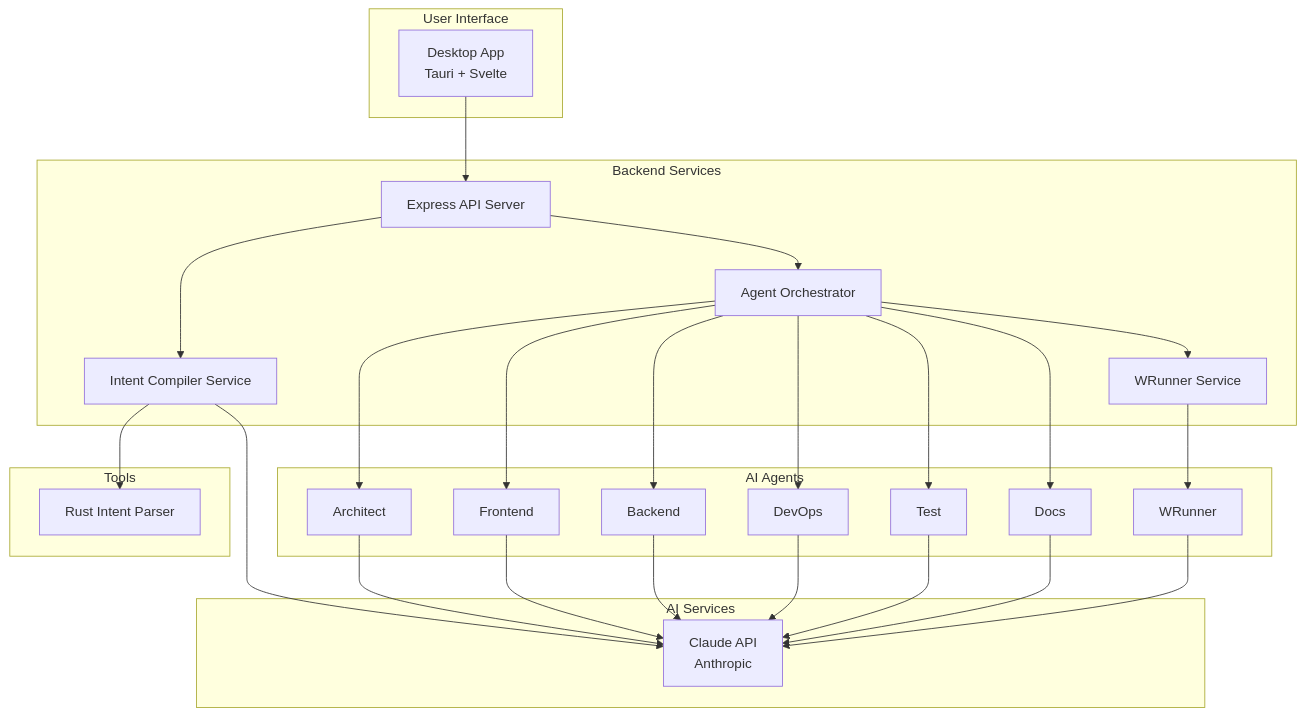
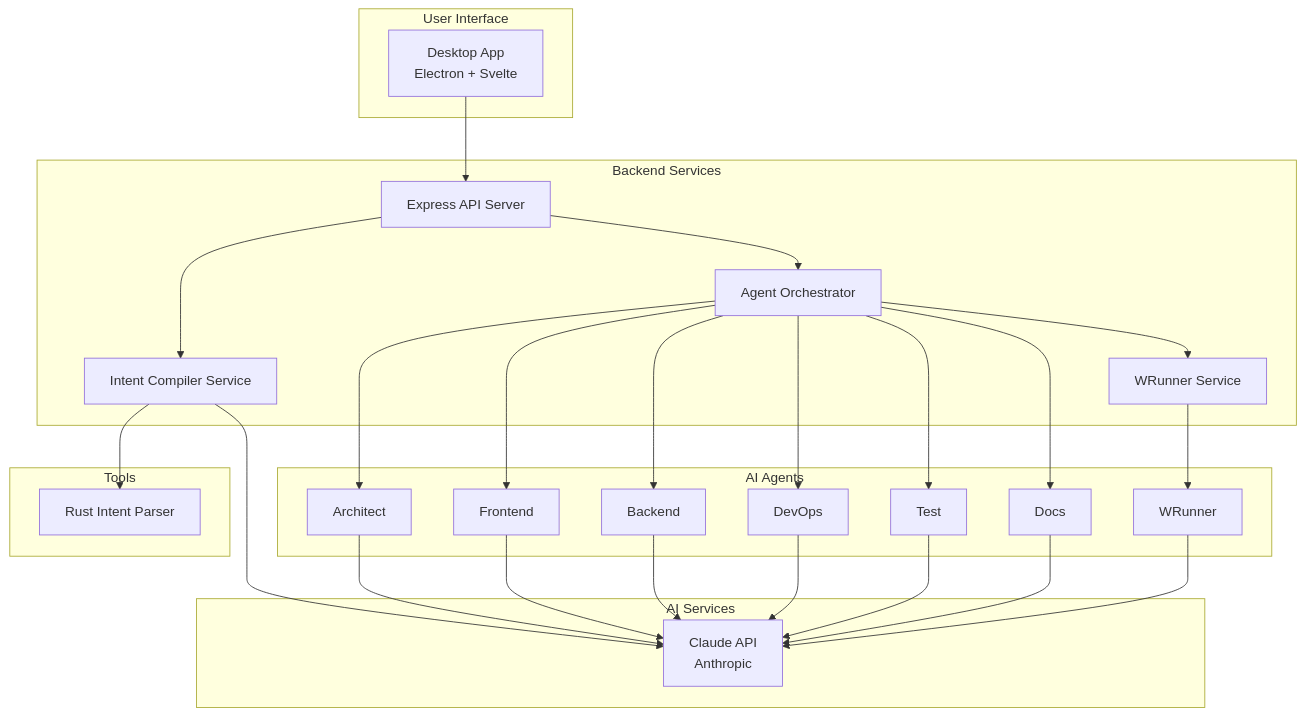
The first of 9 diagrams in docs/HOW_IT_WORKS.md (Aphrodine-wq/GRUMPCO), drawn with Mermaid before and after one commit. The commit also changed other lines of this file and 162 other files, not shown here.

````diff
--- a/docs/HOW_IT_WORKS.md
+++ b/docs/HOW_IT_WORKS.md
@@ -9,52 +9,52 @@
 ```mermaid
 graph TB
     subgraph User["User Interface"]
-        UI[Desktop App<br/>Tauri + Svelte]
+        UI[Desktop App<br/>Electron + Svelte]
     end
 
     subgraph Backend["Backend Services"]
         API[Express API Server]
         IC[Intent Compiler Service]
         AO[Agent Orchestrator]
         WR[WRunner Service]
     end
 
     subgraph Agents["AI Agents"]
         A1[Architect]
         A2[Frontend]
         A3[Backend]
         A4[DevOps]
         A5[Test]
         A6[Docs]
         WA[WRunner]
     end
 
     subgraph AI["AI Services"]
         Claude[Claude API<br/>Anthropic]
     end
 
     subgraph Tools["Tools"]
         Rust[Rust Intent Parser]
     end
 
     UI --> API
     API --> IC
     API --> AO
     IC --> Rust
     IC --> Claude
     AO --> A1
     AO --> A2
     AO --> A3
     AO --> A4
     AO --> A5
     AO --> A6
     A1 --> Claude
     A2 --> Claude
     A3 --> Claude
     A4 --> Claude
     A5 --> Claude
     A6 --> Claude
     AO --> WR
     WR --> WA
     WA --> Claude
 ```
````
